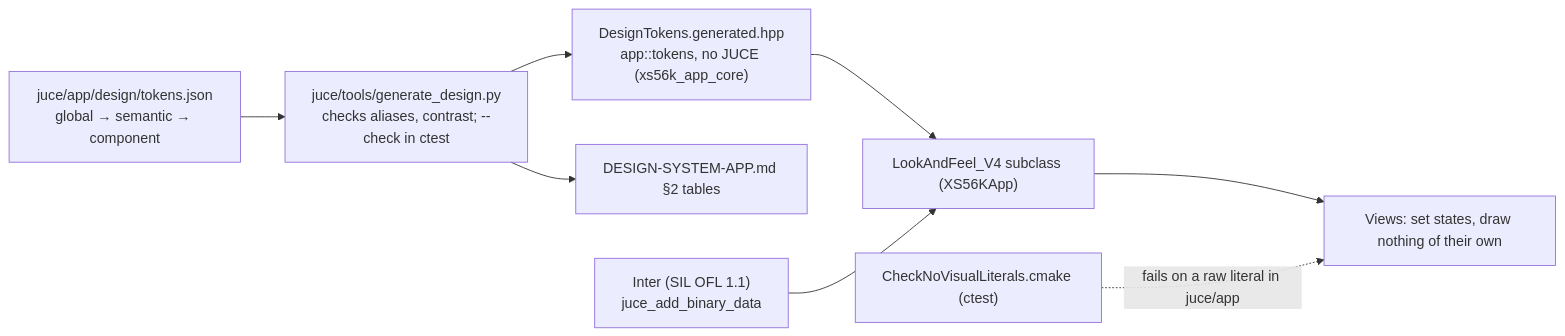
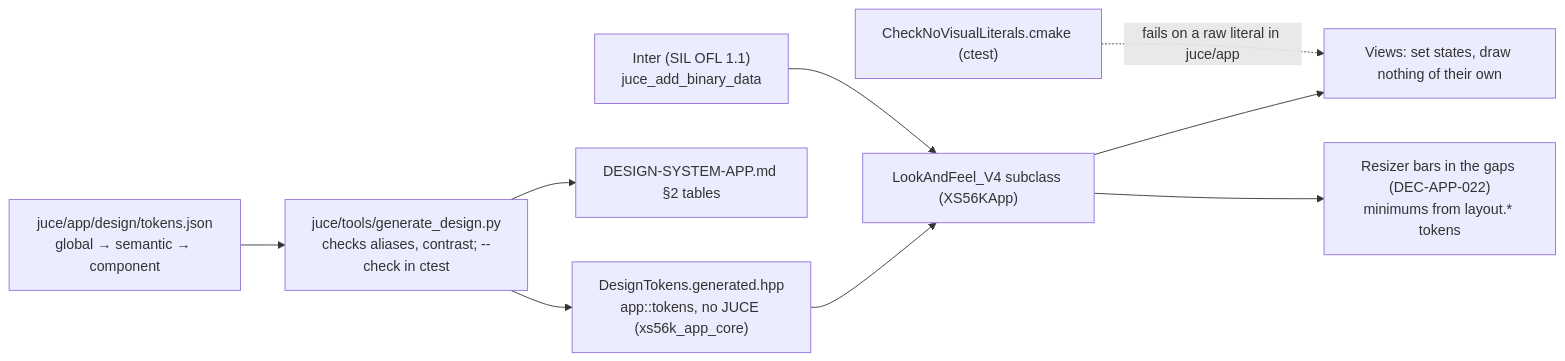
Before and after one commit to xplorer2716/XS56K: the diagram in process/2.architecture/ADR-APP-002-design-system.md, drawn with Mermaid. The commit also changed other lines of this file and 6 other files, not shown here.

````diff
--- a/process/2.architecture/ADR-APP-002-design-system.md
+++ b/process/2.architecture/ADR-APP-002-design-system.md
@@ -95,18 +109,20 @@
 ```mermaid
 flowchart LR
     TF["juce/app/design/tokens.json<br/>global → semantic → component"]
     GEN["juce/tools/generate_design.py<br/>checks aliases, contrast; --check in ctest"]
     HDR["DesignTokens.generated.hpp<br/>app::tokens, no JUCE (xs56k_app_core)"]
     DOC["DESIGN-SYSTEM-APP.md §2 tables"]
     LF["LookAndFeel_V4 subclass (XS56KApp)"]
     FONT["Inter (SIL OFL 1.1)<br/>juce_add_binary_data"]
     V["Views: set states, draw nothing of their own"]
     CHK["CheckNoVisualLiterals.cmake (ctest)"]
     TF --> GEN
     GEN --> HDR
     GEN --> DOC
     HDR --> LF
     FONT --> LF
     LF --> V
     CHK -. "fails on a raw literal in juce/app" .-> V
+    RB["Resizer bars in the gaps (DEC-APP-022)<br/>minimums from layout.* tokens"]
+    LF --> RB
 ```
````
